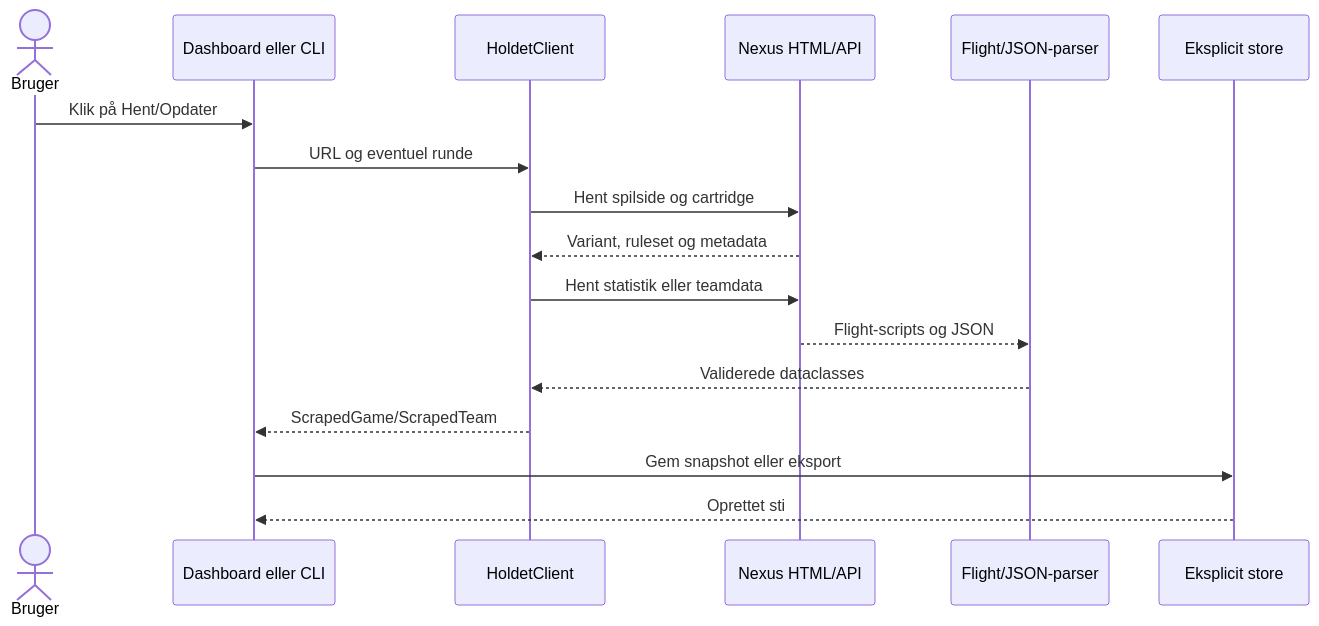
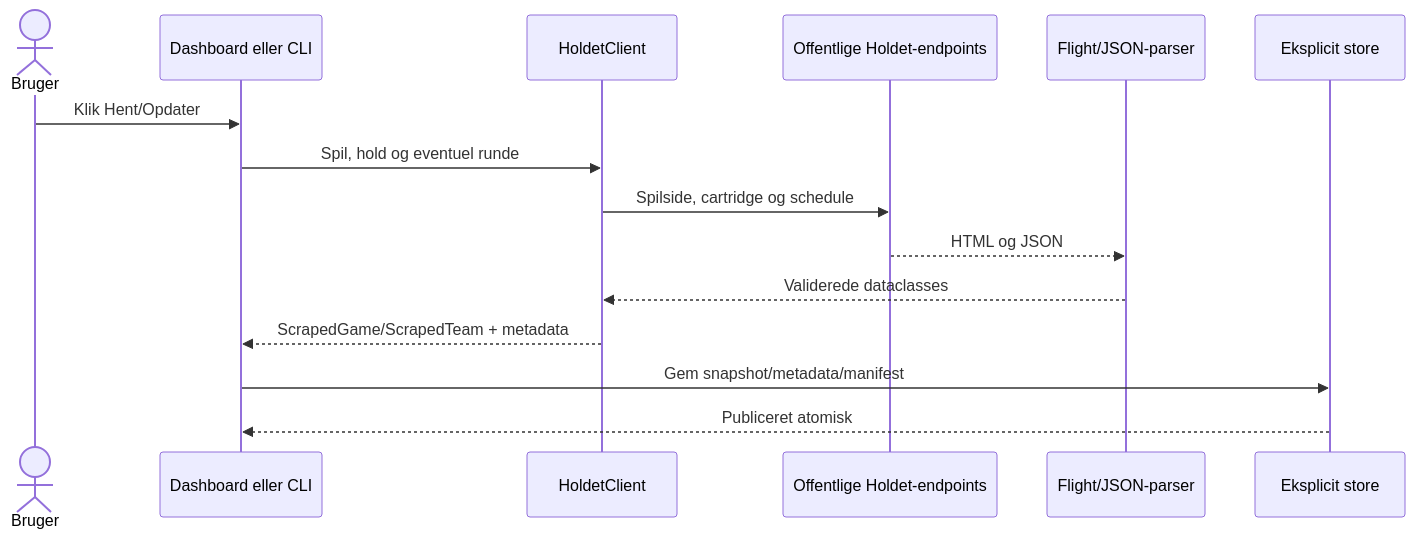
One commit to Peter537/holdet-fantasy-hub changed the diagram in docs/data-retrieval.md. Above: the diagram before and after it, drawn with Mermaid. The commit also changed other lines of this file and 24 other files, not shown here.

````diff
--- a/docs/data-retrieval.md
+++ b/docs/data-retrieval.md
@@ -7,20 +7,18 @@
 ```mermaid
 sequenceDiagram
     actor User as Bruger
-    participant Client as Dashboard eller CLI
+    participant Web as Dashboard eller CLI
     participant Lib as HoldetClient
-    participant Nexus as Nexus HTML/API
+    participant Nexus as Offentlige Holdet-endpoints
     participant Parser as Flight/JSON-parser
     participant Store as Eksplicit store
 
-    User->>Client: Klik på Hent/Opdater
-    Client->>Lib: URL og eventuel runde
-    Lib->>Nexus: Hent spilside og cartridge
-    Nexus-->>Lib: Variant, ruleset og metadata
-    Lib->>Nexus: Hent statistik eller teamdata
-    Nexus-->>Parser: Flight-scripts og JSON
+    User->>Web: Klik Hent/Opdater
+    Web->>Lib: Spil, hold og eventuel runde
+    Lib->>Nexus: Spilside, cartridge og schedule
+    Nexus-->>Parser: HTML og JSON
     Parser-->>Lib: Validerede dataclasses
-    Lib-->>Client: ScrapedGame/ScrapedTeam
-    Client->>Store: Gem snapshot eller eksport
-    Store-->>Client: Oprettet sti
+    Lib-->>Web: ScrapedGame/ScrapedTeam + metadata
+    Web->>Store: Gem snapshot/metadata/manifest
+    Store-->>Web: Publiceret atomisk
 ```
````
